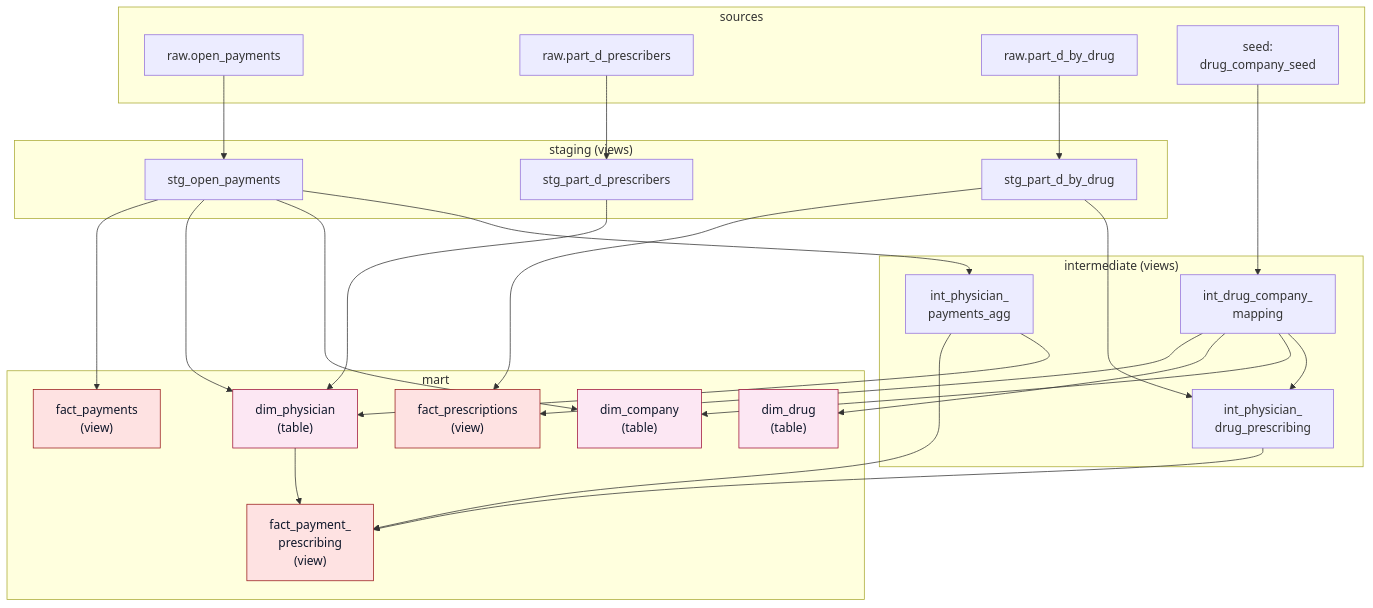
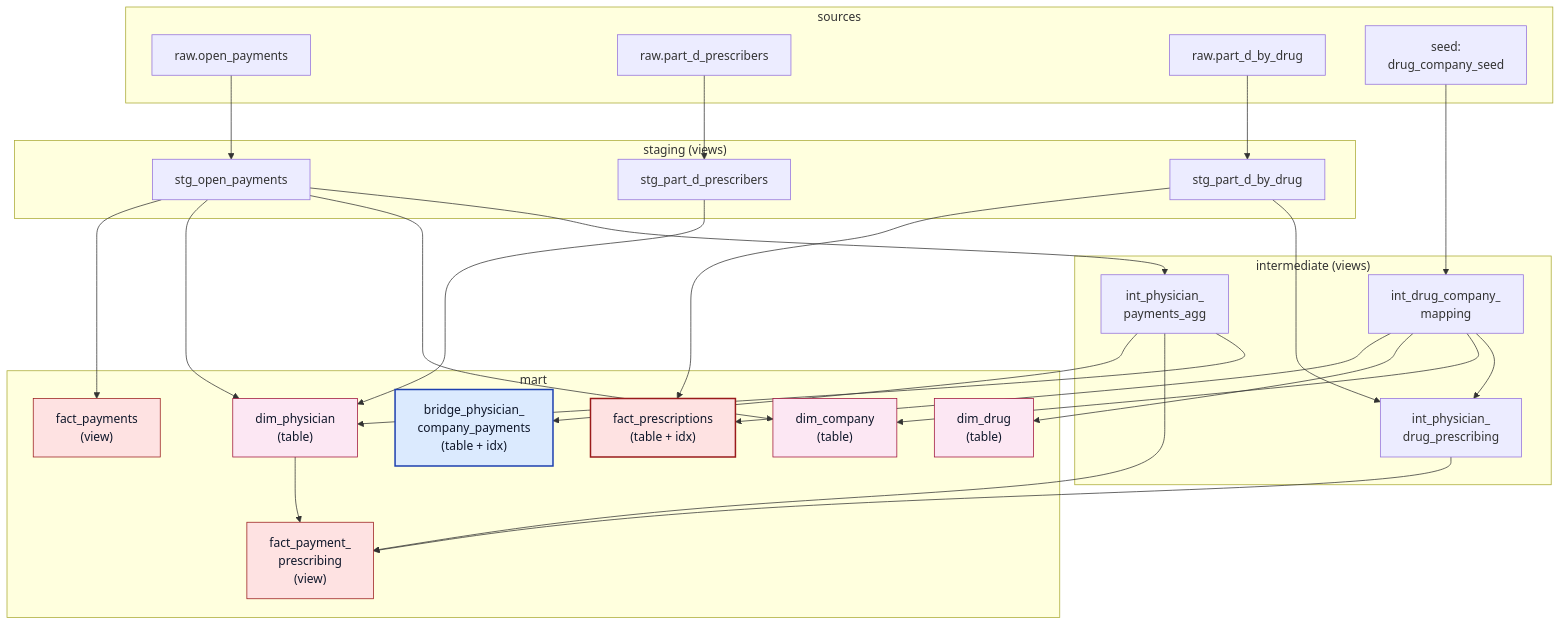
Before and after one commit to mateoportillo1900/physician-pharma-analytics: the third of 5 diagrams in docs/ARCHITECTURE.md, drawn with Mermaid. The commit also changed other lines of this file and 6 other files, not shown here.

````diff
--- a/docs/ARCHITECTURE.md
+++ b/docs/ARCHITECTURE.md
@@ -138,60 +138,63 @@
 ```mermaid
 flowchart TB
     subgraph SRC["sources"]
         S_OP["raw.open_payments"]
         S_PD["raw.part_d_prescribers"]
         S_PDD["raw.part_d_by_drug"]
         SEED["seed:<br/>drug_company_seed"]
     end
 
     subgraph STG["staging (views)"]
         STG_OP["stg_open_payments"]
         STG_PD["stg_part_d_prescribers"]
         STG_PDD["stg_part_d_by_drug"]
     end
 
     subgraph INT["intermediate (views)"]
         INT_DC["int_drug_company_<br/>mapping"]
         INT_PA["int_physician_<br/>payments_agg"]
         INT_DR["int_physician_<br/>drug_prescribing"]
     end
 
     subgraph MART["mart"]
         DIM_C["dim_company<br/>(table)"]
         DIM_D["dim_drug<br/>(table)"]
         DIM_P["dim_physician<br/>(table)"]
         FACT_PAY["fact_payments<br/>(view)"]
-        FACT_RX["fact_prescriptions<br/>(view)"]
+        FACT_RX["fact_prescriptions<br/>(table + idx)"]
         FACT_PP["fact_payment_<br/>prescribing<br/>(view)"]
+        BRIDGE["bridge_physician_<br/>company_payments<br/>(table + idx)"]
     end
 
     S_OP --> STG_OP
     S_PD --> STG_PD
     S_PDD --> STG_PDD
     SEED --> INT_DC
 
     STG_OP --> INT_PA
     STG_PDD --> INT_DR
     INT_DC --> INT_DR
 
     STG_OP --> DIM_C
     INT_DC --> DIM_C
     STG_PD --> DIM_P
     STG_OP --> DIM_P
     INT_PA --> DIM_P
     INT_DC --> DIM_D
 
     STG_OP --> FACT_PAY
     STG_PDD --> FACT_RX
     INT_DC --> FACT_RX
     INT_PA --> FACT_PP
     INT_DR --> FACT_PP
     DIM_P --> FACT_PP
+    INT_PA --> BRIDGE
 
     style DIM_C fill:#FCE7F3,stroke:#9F1239,color:#0F172A
     style DIM_D fill:#FCE7F3,stroke:#9F1239,color:#0F172A
     style DIM_P fill:#FCE7F3,stroke:#9F1239,color:#0F172A
     style FACT_PAY fill:#FEE2E2,stroke:#991B1B,color:#0F172A
-    style FACT_RX fill:#FEE2E2,stroke:#991B1B,color:#0F172A
+    style FACT_RX fill:#FEE2E2,stroke:#991B1B,color:#0F172A,stroke-width:2px
     style FACT_PP fill:#FEE2E2,stroke:#991B1B,color:#0F172A
+    style BRIDGE fill:#DBEAFE,stroke:#1E40AF,color:#0F172A,stroke-width:2px
 ```
````
